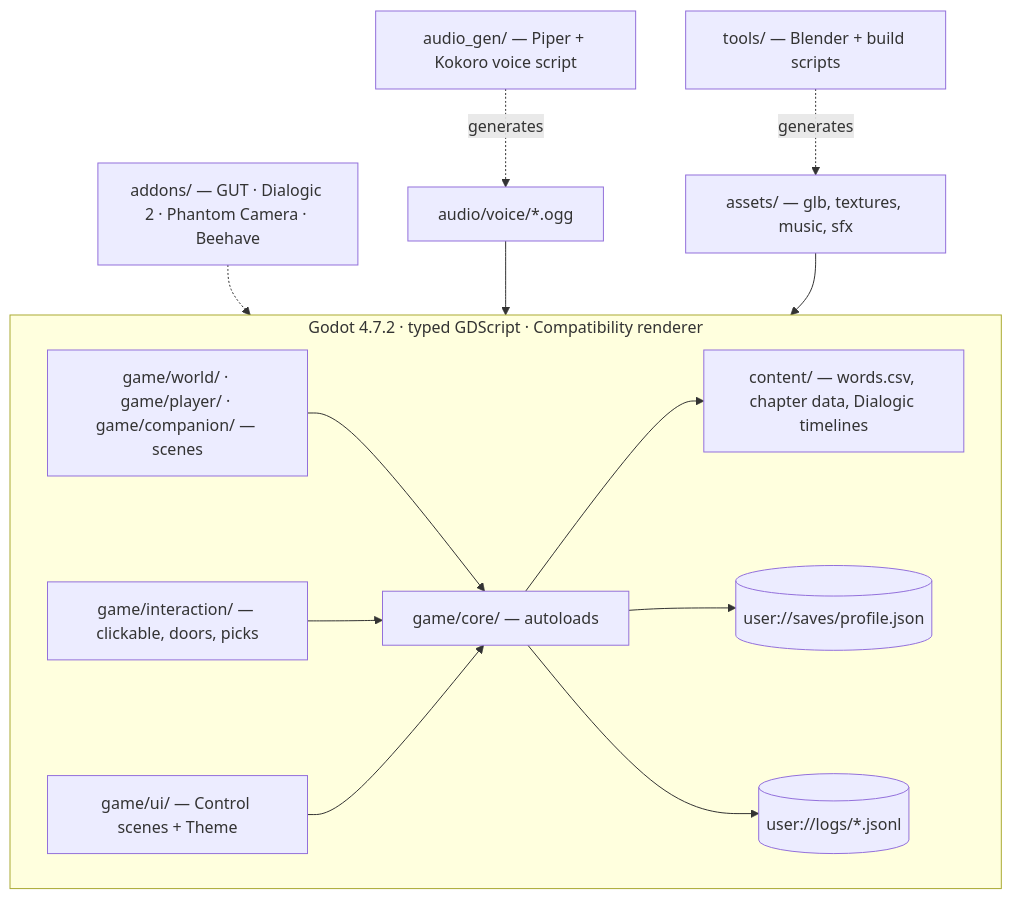
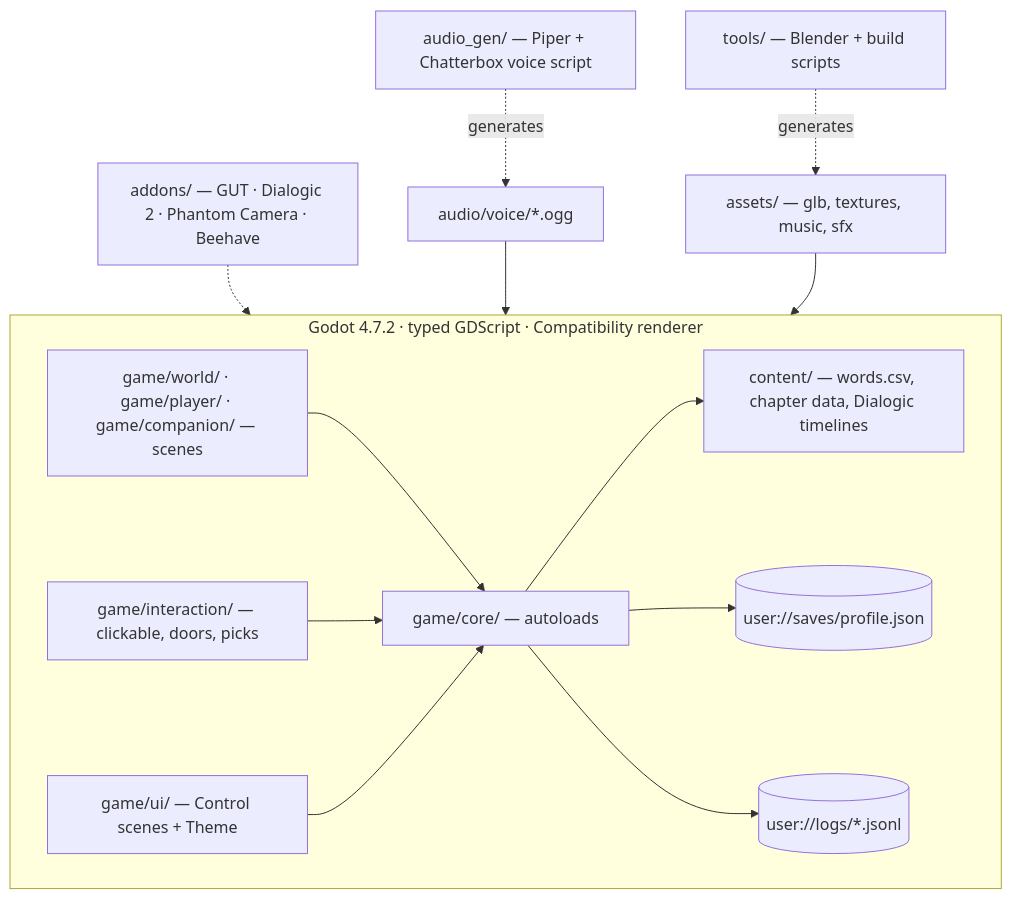
The diagram in docs/architecture-map.md (rodergstep/arbuz), drawn with Mermaid before and after one commit. The commit also changed other lines of this file and 5505 other files, not shown here.

First line of the commit message:
English voices re-rendered with Chatterbox TTS; Kokoro removed from the pipeline and docs

````diff
--- a/docs/architecture-map.md
+++ b/docs/architecture-map.md
@@ -31,16 +31,16 @@
 ```mermaid
 flowchart TB
     subgraph Game["Godot 4.7.2 · typed GDScript · Compatibility renderer"]
         World["game/world/ · game/player/ · game/companion/ — scenes"] --> Core["game/core/ — autoloads"]
         Interaction["game/interaction/ — clickable, doors, picks"] --> Core
         UI["game/ui/ — Control scenes + Theme"] --> Core
         Core --> Content["content/ — words.csv, chapter data, Dialogic timelines"]
         Core --> Saves[("user://saves/profile.json")]
         Core --> Logs[("user://logs/*.jsonl")]
     end
     Addons["addons/ — GUT · Dialogic 2 · Phantom Camera · Beehave"] -.-> Game
-    AudioGen["audio_gen/ — Piper + Kokoro voice script"] -.->|generates| Voice["audio/voice/*.ogg"]
+    AudioGen["audio_gen/ — Piper + Chatterbox voice script"] -.->|generates| Voice["audio/voice/*.ogg"]
     Blender["tools/ — Blender + build scripts"] -.->|generates| Assets["assets/ — glb, textures, music, sfx"]
     Voice --> Game
     Assets --> Game
 ```
````
